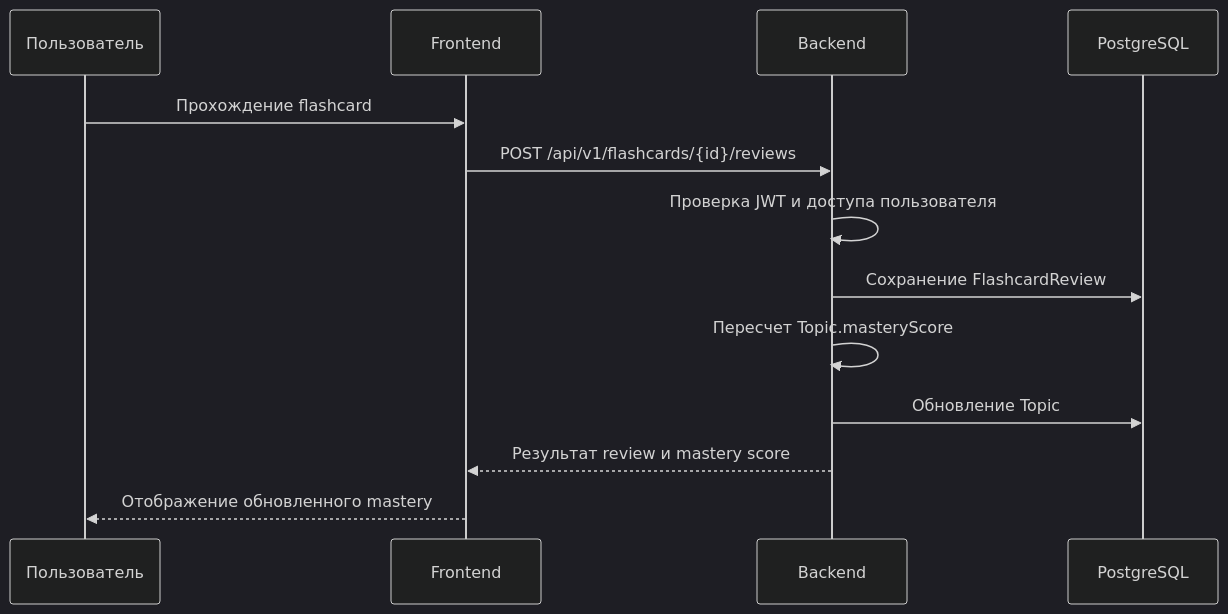
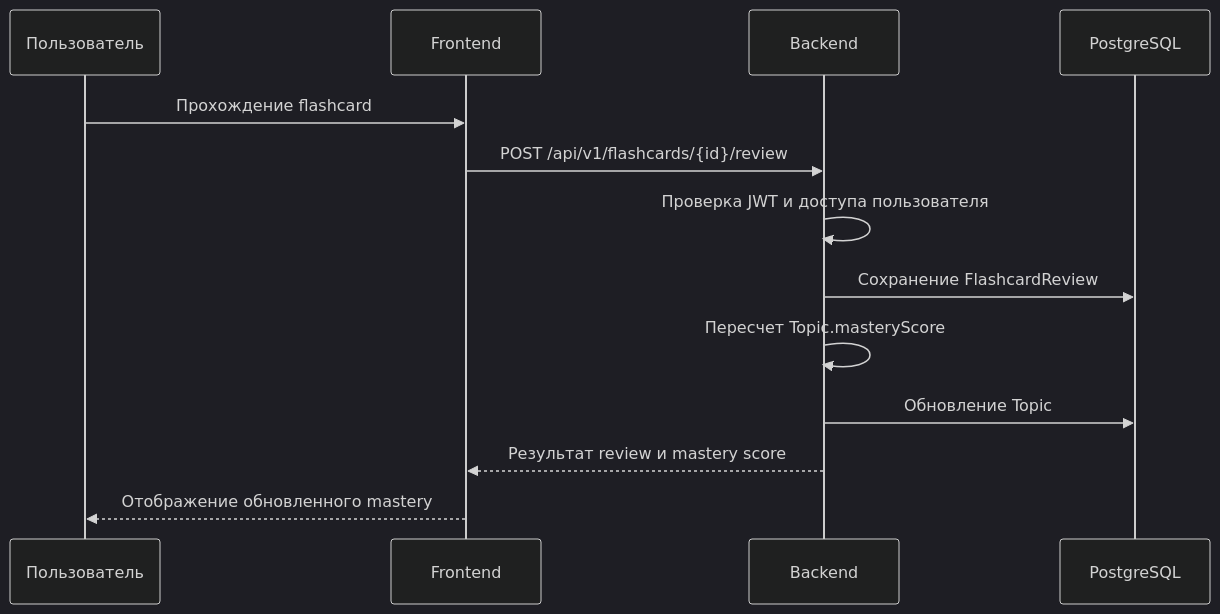
One commit to griagaf/EducationSystem changed the diagram in docs/diagrams/flashcard-review-sequence.mmd. Above: the diagram before and after it, drawn with Mermaid (dark theme). The commit also changed 28 other files, not shown here.

```diff
--- a/docs/diagrams/flashcard-review-sequence.mmd
+++ b/docs/diagrams/flashcard-review-sequence.mmd
@@ -1,14 +1,14 @@
 sequenceDiagram
     participant U as Пользователь
     participant F as Frontend
     participant B as Backend
     participant DB as PostgreSQL
 
     U->>F: Прохождение flashcard
-    F->>B: POST /api/v1/flashcards/{id}/reviews
+    F->>B: POST /api/v1/flashcards/{id}/review
     B->>B: Проверка JWT и доступа пользователя
     B->>DB: Сохранение FlashcardReview
     B->>B: Пересчет Topic.masteryScore
     B->>DB: Обновление Topic
     B-->>F: Результат review и mastery score
     F-->>U: Отображение обновленного mastery
```
